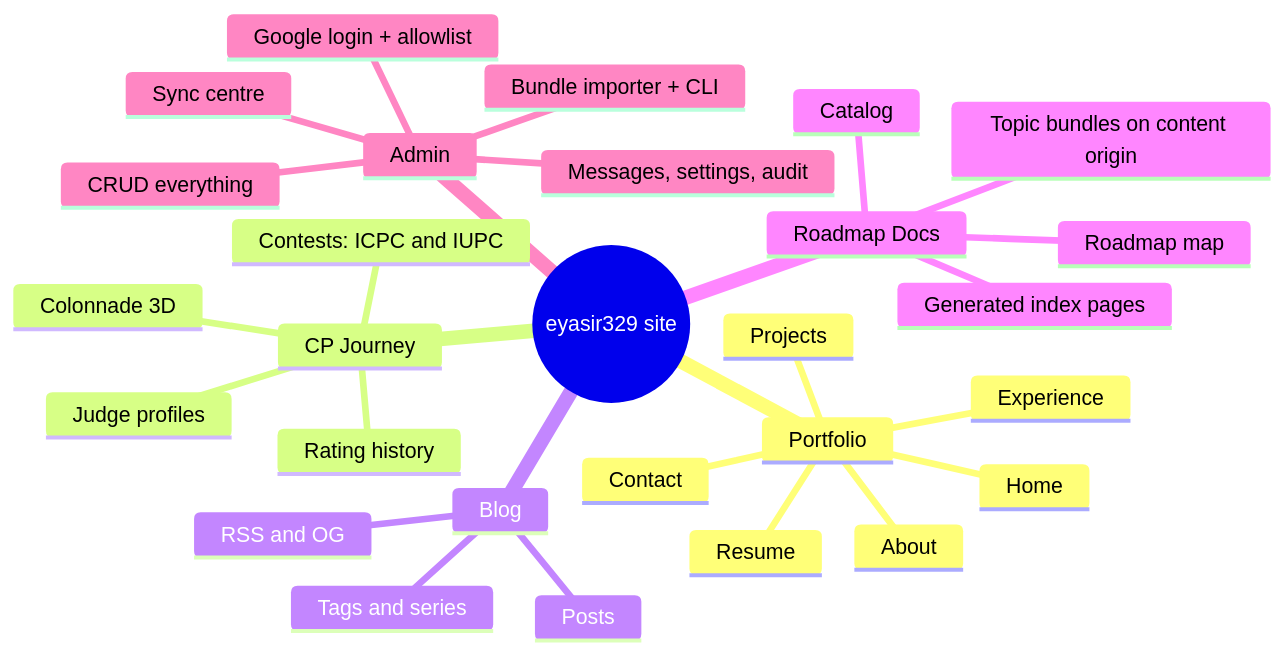
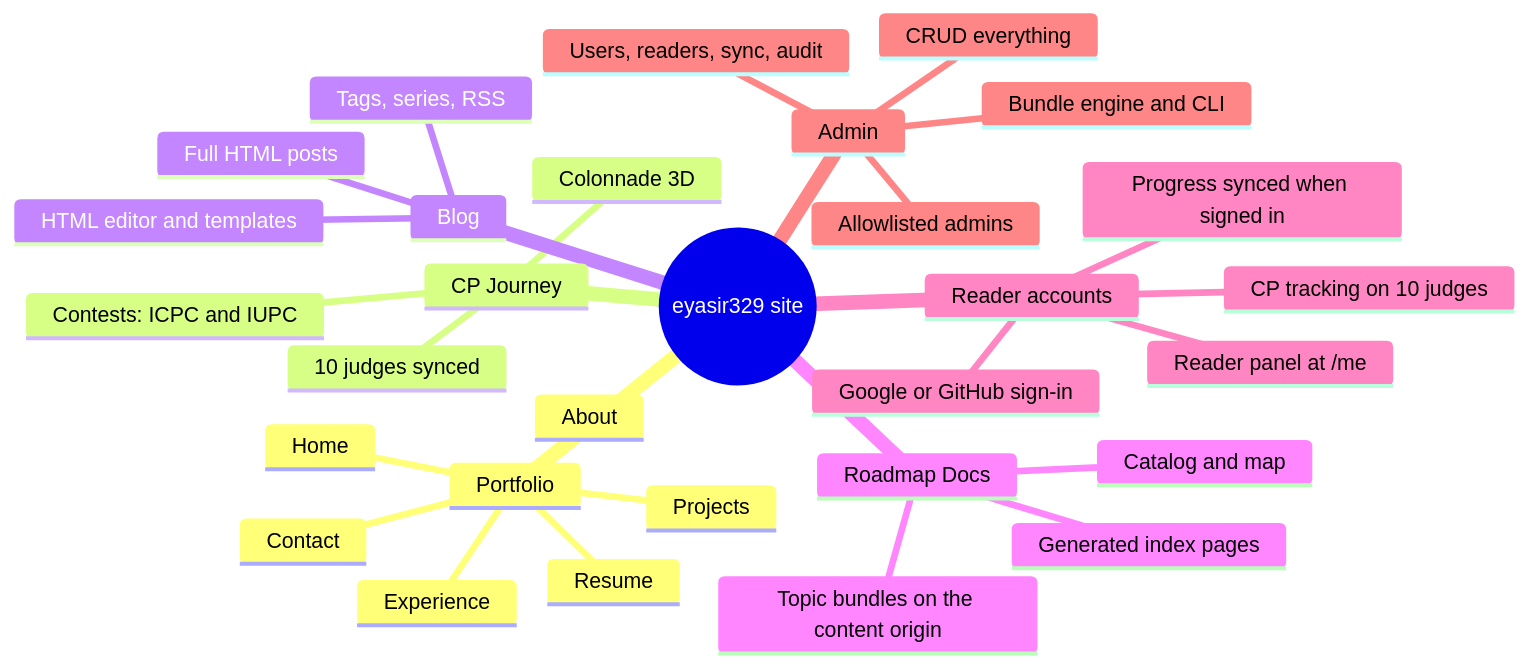
One commit to eyasir329/portfolio changed the diagram in docs/01-product-requirements.md. Above: the diagram before and after it, drawn with Mermaid. The commit also changed other lines of this file and 25 other files, not shown here.

First line of the commit message:
docs: revise plan to 0.2 for HTML blog, guest accounts and 10-judge CP tracking

````diff
--- a/docs/01-product-requirements.md
+++ b/docs/01-product-requirements.md
@@ -31,31 +37,33 @@
 ```mermaid
 mindmap
   root((eyasir329 site))
     Portfolio
       Home
       About
       Projects
       Experience
       Resume
       Contact
     CP Journey
-      Judge profiles
-      Rating history
+      10 judges synced
       Contests: ICPC and IUPC
       Colonnade 3D
     Blog
-      Posts
-      Tags and series
-      RSS and OG
+      Full HTML posts
+      HTML editor and templates
+      Tags, series, RSS
     Roadmap Docs
-      Catalog
-      Roadmap map
-      Topic bundles on content origin
+      Catalog and map
+      Topic bundles on the content origin
       Generated index pages
+    Reader accounts
+      Google or GitHub sign-in
+      Progress synced when signed in
+      Reader panel at /me
+      CP tracking on 10 judges
     Admin
-      Google login + allowlist
+      Allowlisted admins
       CRUD everything
-      Bundle importer + CLI
-      Sync centre
-      Messages, settings, audit
+      Bundle engine and CLI
+      Users, readers, sync, audit
 ```
````
